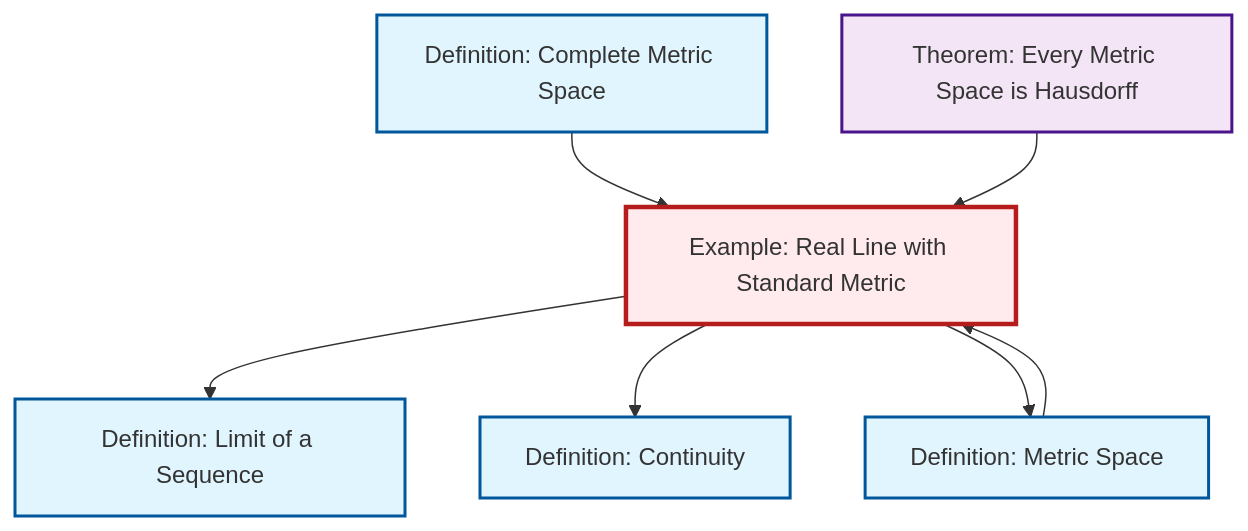
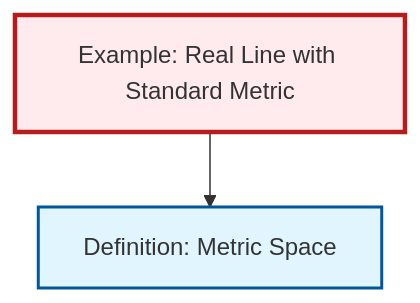
Before and after one commit to RK0429/ModernMath: the diagram in content/en/analysis/ex-real-line-metric.qmd, drawn with Mermaid. The commit also changed 511 other files, not shown here.

````diff
--- a/content/en/analysis/ex-real-line-metric.qmd
+++ b/content/en/analysis/ex-real-line-metric.qmd
@@ -62,28 +62,13 @@
 ```{mermaid}
 %%| fig-cap: "Local dependency graph"
 graph TD
     classDef definition fill:#e1f5fe,stroke:#01579b,stroke-width:2px
     classDef theorem fill:#f3e5f5,stroke:#4a148c,stroke-width:2px
     classDef axiom fill:#fff3e0,stroke:#e65100,stroke-width:2px
     classDef example fill:#e8f5e9,stroke:#1b5e20,stroke-width:2px
     classDef current fill:#ffebee,stroke:#b71c1c,stroke-width:3px
-    def-continuity["Definition: Continuity"]:::definition
-    def-limit["Definition: Limit of a Sequence"]:::definition
-    thm-metric-hausdorff["Theorem: Every Metric Space is Hausdorff"]:::theorem
-    def-complete-metric-space["Definition: Complete Metric Space"]:::definition
     ex-real-line-metric["Example: Real Line with Standard Metric"]:::example
     def-metric-space["Definition: Metric Space"]:::definition
-    def-complete-metric-space --> ex-real-line-metric
-    ex-real-line-metric --> def-limit
-    ex-real-line-metric --> def-continuity
-    def-metric-space --> ex-real-line-metric
     ex-real-line-metric --> def-metric-space
-    thm-metric-hausdorff --> ex-real-line-metric
     class ex-real-line-metric current
-
-    click def-continuity "def-continuity.html" "Go to Continuity definition"
-    click def-limit "def-limit.html" "Go to Limit of a Sequence definition"
-    click thm-metric-hausdorff "thm-metric-hausdorff.html" "Go to Every Metric Space is Hausdorff theorem"
-    click def-complete-metric-space "def-complete-metric-space.html" "Go to Complete Metric Space definition"
-    click def-metric-space "def-metric-space.html" "Go to Metric Space definition"
 ```
````
